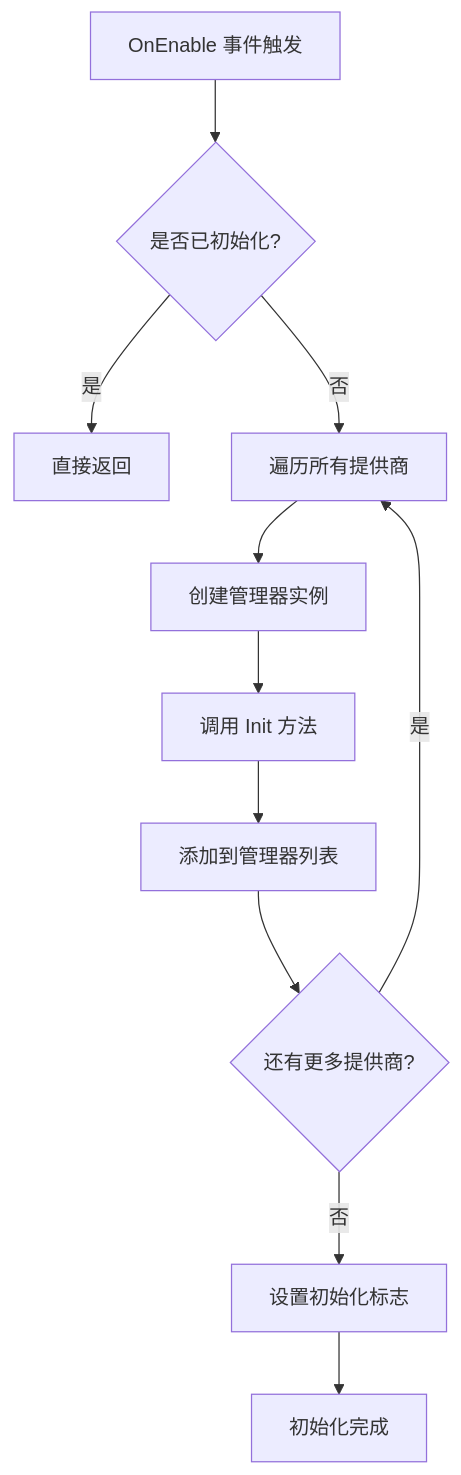
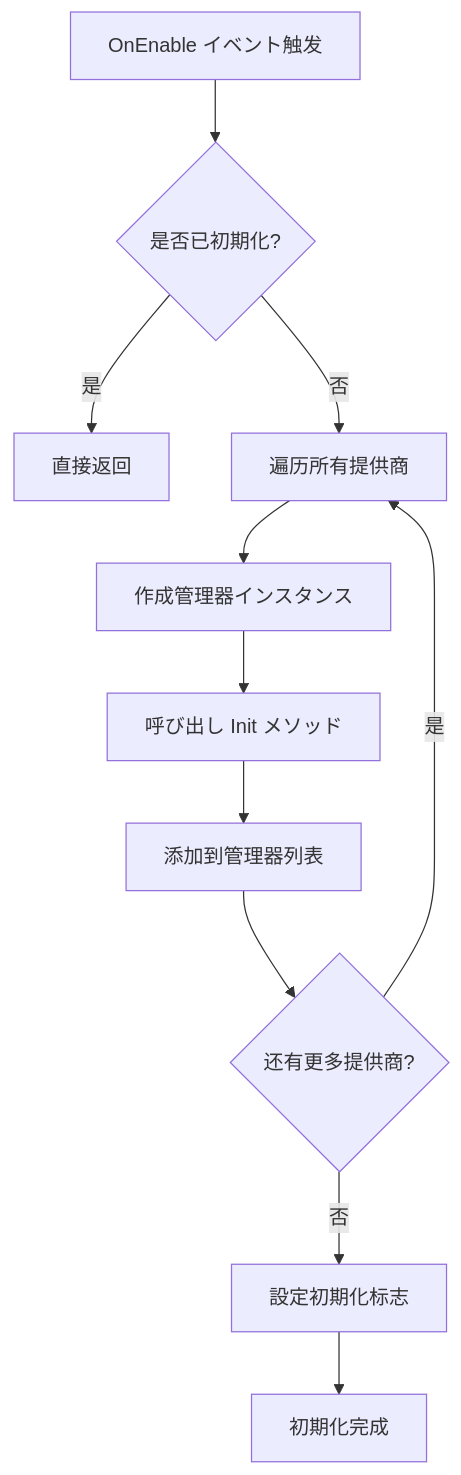
The third of 5 diagrams in docs/ja/client/unity/component/gameanalytics/04.features.md (AlianBlank/GameFrameX.Docs), drawn with Mermaid before and after one commit. The commit also changed other lines of this file and 603 other files, not shown here.

````diff
--- a/docs/ja/client/unity/component/gameanalytics/04.features.md
+++ b/docs/ja/client/unity/component/gameanalytics/04.features.md
@@ -137,13 +137,13 @@
 ```mermaid
 flowchart TD
-    Start[OnEnable 事件触发] --> Check{是否已初始化?}
+    Start[OnEnable イベント触发] --> Check{是否已初期化?}
     Check -->|是| Return[直接返回]
     Check -->|否| Loop[遍历所有提供商]
-    Loop --> Create[创建管理器实例]
-    Create --> Init[调用 Init 方法]
+    Loop --> Create[作成管理器インスタンス]
+    Create --> Init[呼び出し Init メソッド]
     Init --> Add[添加到管理器列表]
     Add --> More{还有更多提供商?}
     More -->|是| Loop
-    More -->|否| SetFlag[设置初始化标志]
-    SetFlag --> End[初始化完成]
+    More -->|否| SetFlag[設定初期化标志]
+    SetFlag --> End[初期化完成]
 ```
````
